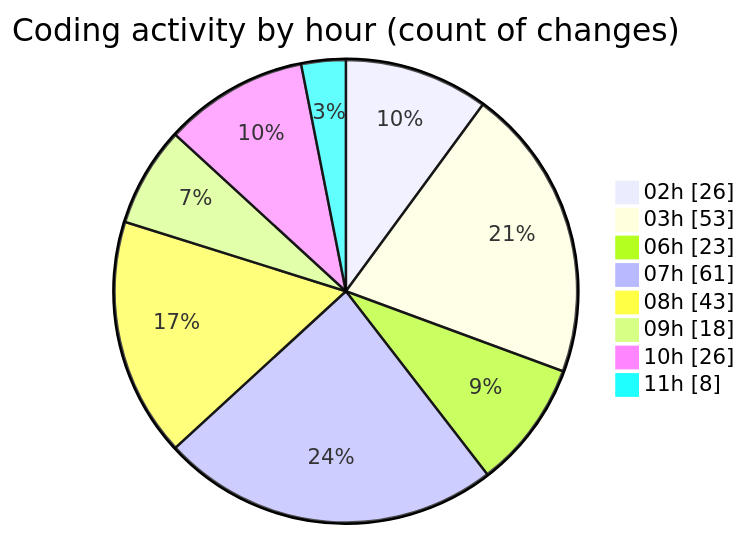
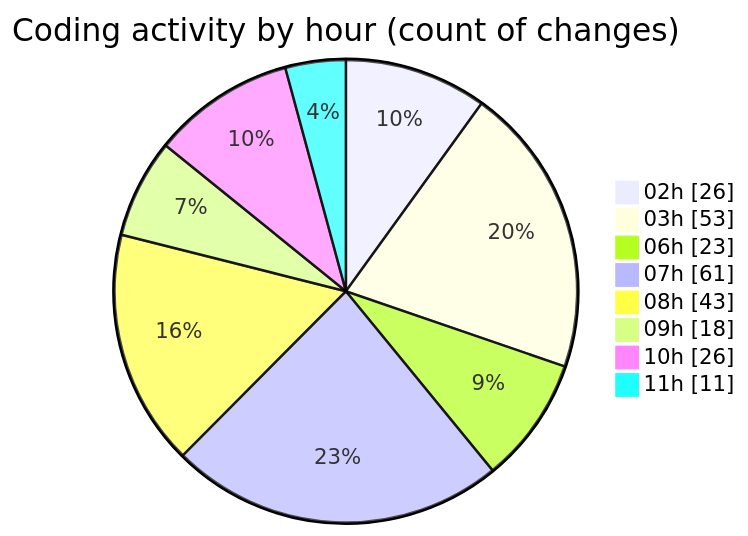
Before and after one commit to charlie-sans/code-tracking: the second of 2 diagrams in 2025-02-22/micros/README.md, drawn with Mermaid. The commit also changed other lines of this file and 1 other file, not shown here.

````diff
--- a/2025-02-22/micros/README.md
+++ b/2025-02-22/micros/README.md
@@ -78,12 +78,12 @@
 ```mermaid
 pie showData
 title Coding activity by hour (count of changes)
 "02h" : 26
 "03h" : 53
 "06h" : 23
 "07h" : 61
 "08h" : 43
 "09h" : 18
 "10h" : 26
-"11h" : 8
+"11h" : 11
 ```
````
